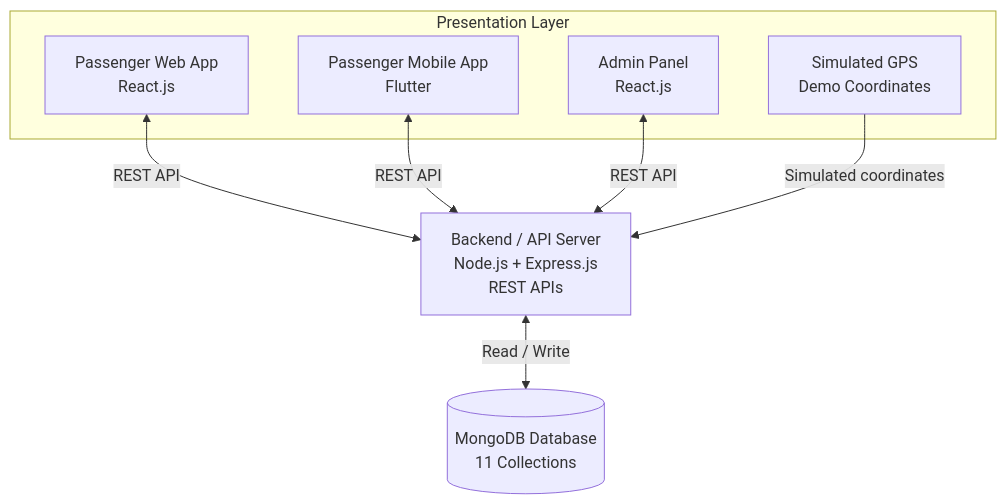
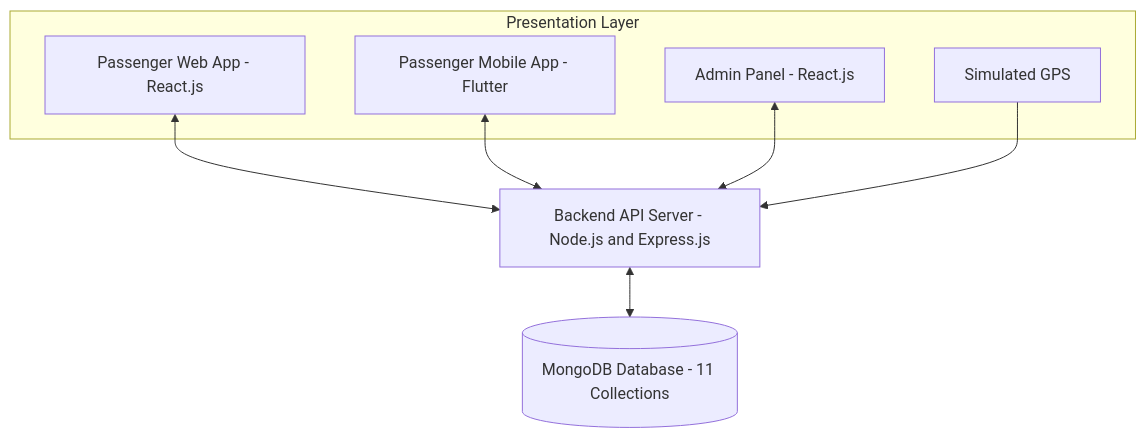
The diagram in README.md (Mahek-saba/Goverment-Bus-Traking-and-Passenger-Journey-Assistance-System-), drawn with Mermaid before and after one commit. The commit also changed other lines of this file, not shown here.

````diff
--- a/README.md
+++ b/README.md
@@ -84,16 +101,18 @@
-``` mermaid
+```mermaid
 flowchart TB
     subgraph P["Presentation Layer"]
-        WEB["Passenger Web App<br/>React.js"]
-        MOBILE["Passenger Mobile App<br/>Flutter"]
-        ADMIN["Admin Panel<br/>React.js"]
-        GPS["Simulated GPS<br/>Demo Coordinates"]
+        WEB["Passenger Web App - React.js"]
+        MOBILE["Passenger Mobile App - Flutter"]
+        ADMIN["Admin Panel - React.js"]
+        GPS["Simulated GPS"]
     end
-    API["Backend / API Server<br/>Node.js + Express.js<br/>REST APIs"]
-    DB[("MongoDB Database<br/>11 Collections")]
-    WEB <-->|REST API| API
-    MOBILE <-->|REST API| API
-    ADMIN <-->|REST API| API
-    GPS -->|Simulated coordinates| API
-    API <-->|Read / Write| DB
+
+    API["Backend API Server - Node.js and Express.js"]
+    DB[("MongoDB Database - 11 Collections")]
+
+    WEB <--> API
+    MOBILE <--> API
+    ADMIN <--> API
+    GPS --> API
+    API <--> DB
 ```
````
